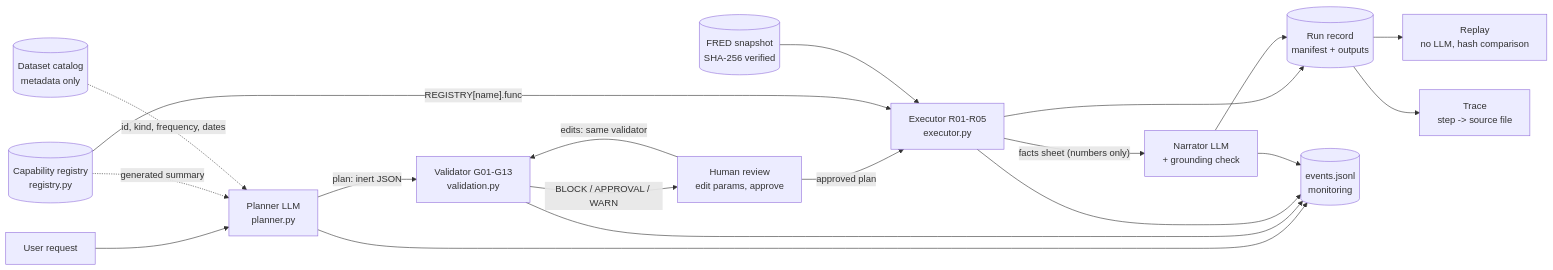
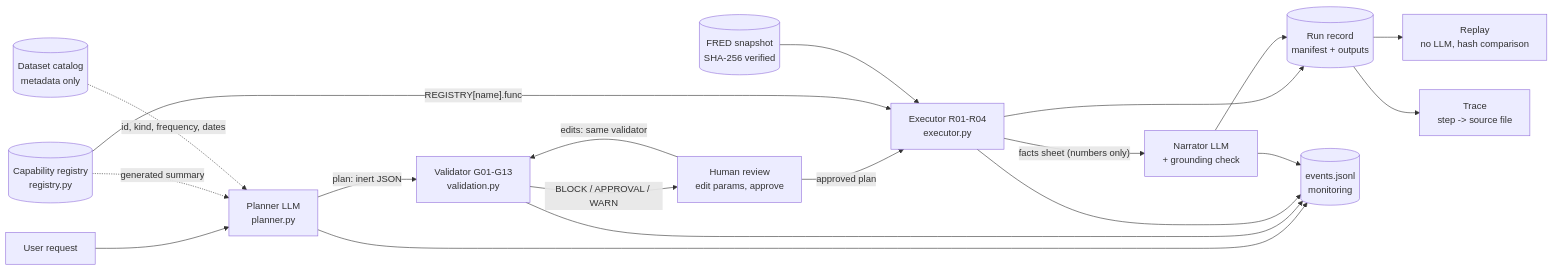
The diagram in README.md (luigifilippochiara/QuantLab), drawn with Mermaid before and after one commit. The commit also changed other lines of this file and 43 other files, not shown here.

````diff
--- a/README.md
+++ b/README.md
@@ -139,18 +145,18 @@
 ```mermaid
 flowchart LR
     U[User request] --> P["Planner LLM<br/>planner.py"]
     R[("Capability registry<br/>registry.py")] -. generated summary .-> P
     C[("Dataset catalog<br/>metadata only")] -. id, kind, frequency, dates .-> P
     P -->|"plan: inert JSON"| V["Validator G01-G13<br/>validation.py"]
     V -->|"BLOCK / APPROVAL / WARN"| H["Human review<br/>edit params, approve"]
     H -->|"edits: same validator"| V
-    H -->|approved plan| E["Executor R01-R05<br/>executor.py"]
+    H -->|approved plan| E["Executor R01-R04<br/>executor.py"]
     R -->|"REGISTRY[name].func"| E
     D[("FRED snapshot<br/>SHA-256 verified")] --> E
     E -->|"facts sheet (numbers only)"| N["Narrator LLM<br/>+ grounding check"]
     E --> L[("Run record<br/>manifest + outputs")]
     N --> L
     L --> RP["Replay<br/>no LLM, hash comparison"]
     L --> T["Trace<br/>step -> source file"]
     P & V & E & N --> M[("events.jsonl<br/>monitoring")]
 ```
````
